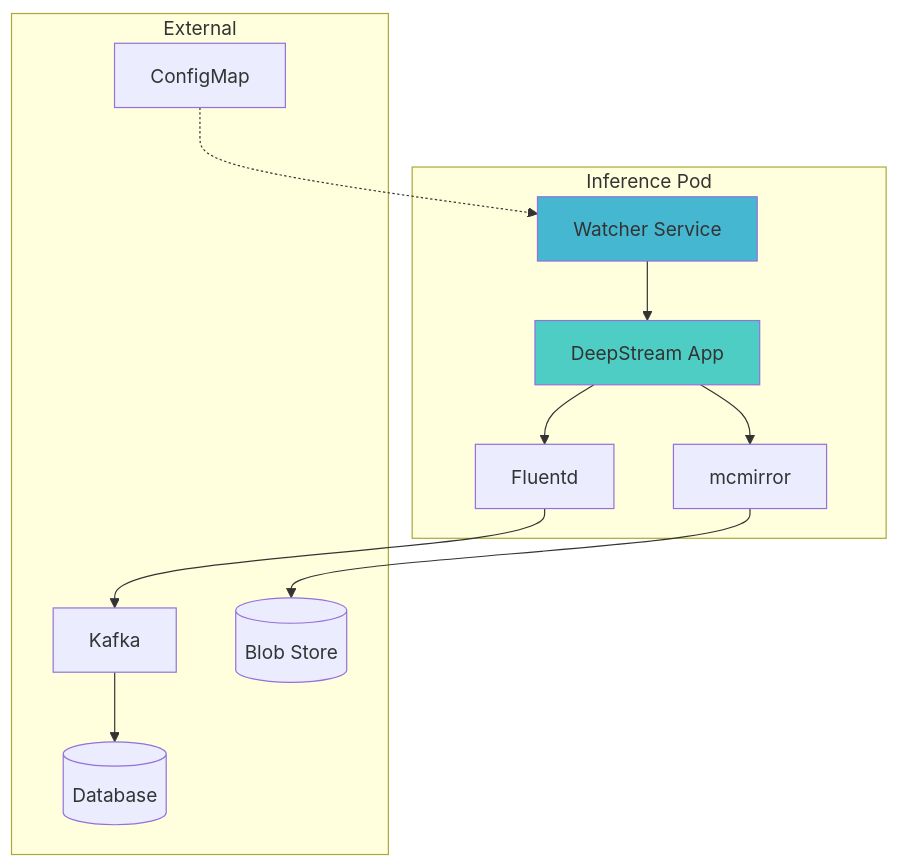
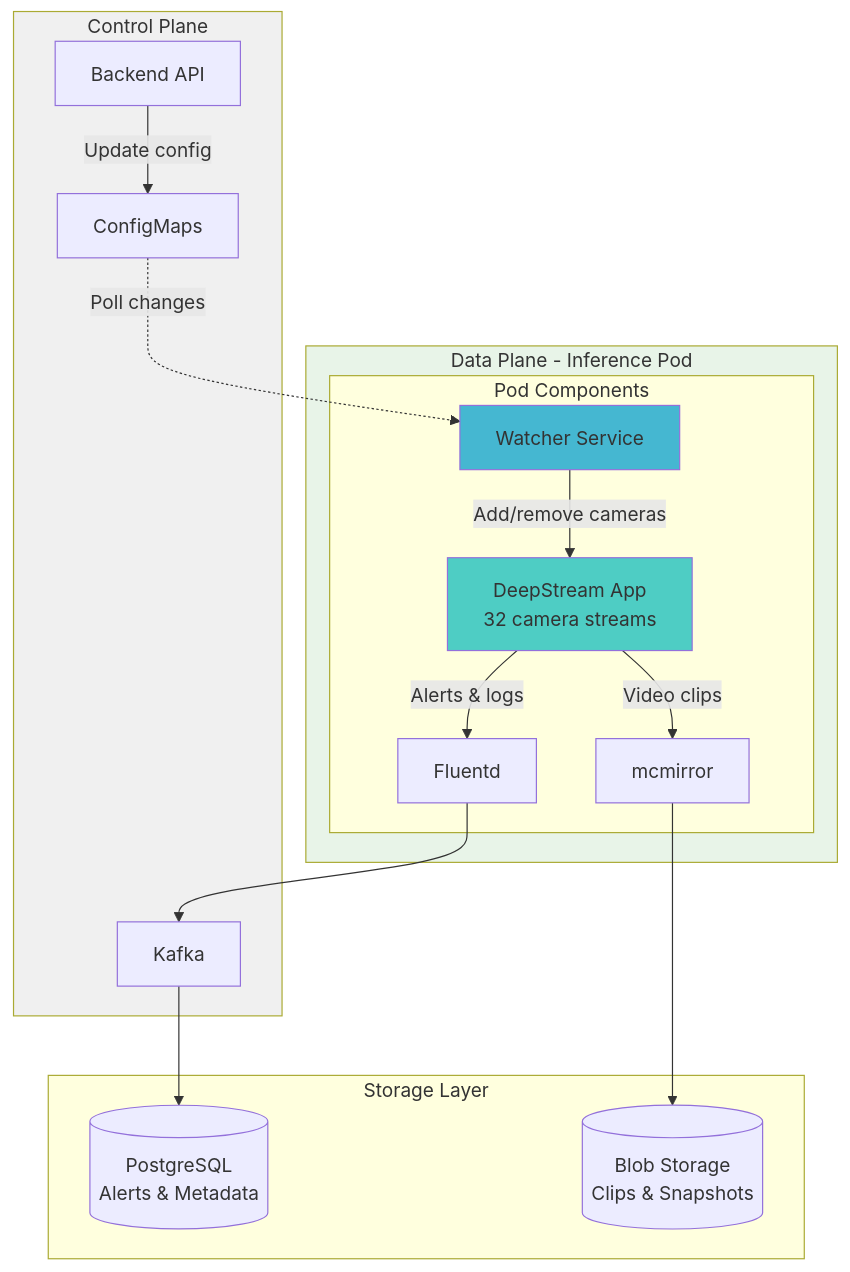
Before and after one commit to PulkitMishra/PulkitMishra.github.io: the eighth of 12 diagrams in content/blog/teaching-machines-to-notice.md, drawn with Mermaid. The commit also changed other lines of this file, not shown here.

````diff
--- a/content/blog/teaching-machines-to-notice.md
+++ b/content/blog/teaching-machines-to-notice.md
@@ -307,27 +436,38 @@
 ```mermaid
 flowchart TB
-    subgraph Pod["Inference Pod"]
-        DS[DeepStream App]
-        WS[Watcher Service]
-        MC[mcmirror]
-        FL[Fluentd]
+    subgraph ControlPlane["Control Plane"]
+        API[Backend API]
+        CM[ConfigMaps]
+        KF[Kafka]
     end
     
-    subgraph External
-        CM[ConfigMap]
-        KF[Kafka]
-        DB[(Database)]
-        BLOB[(Blob Store)]
+    subgraph DataPlane["Data Plane - Inference Pod"]
+        subgraph Pod["Pod Components"]
+            DS[DeepStream App<br/>32 camera streams]
+            WS[Watcher Service]
+            MC[mcmirror]
+            FL[Fluentd]
+        end
     end
     
-    CM -.-> WS
-    WS --> DS
-    DS --> FL
-    DS --> MC
+    subgraph Storage["Storage Layer"]
+        DB[(PostgreSQL<br/>Alerts & Metadata)]
+        BLOB[(Blob Storage<br/>Clips & Snapshots)]
+    end
+    
+    API -->|Update config| CM
+    CM -.->|Poll changes| WS
+    WS -->|Add/remove cameras| DS
+    
+    DS -->|Alerts & logs| FL
+    DS -->|Video clips| MC
+    
     FL --> KF
     KF --> DB
     MC --> BLOB
     
     style DS fill:#4ecdc4
     style WS fill:#45b7d1
+    style ControlPlane fill:#f0f0f0
+    style DataPlane fill:#e8f4e8
 ```
````
